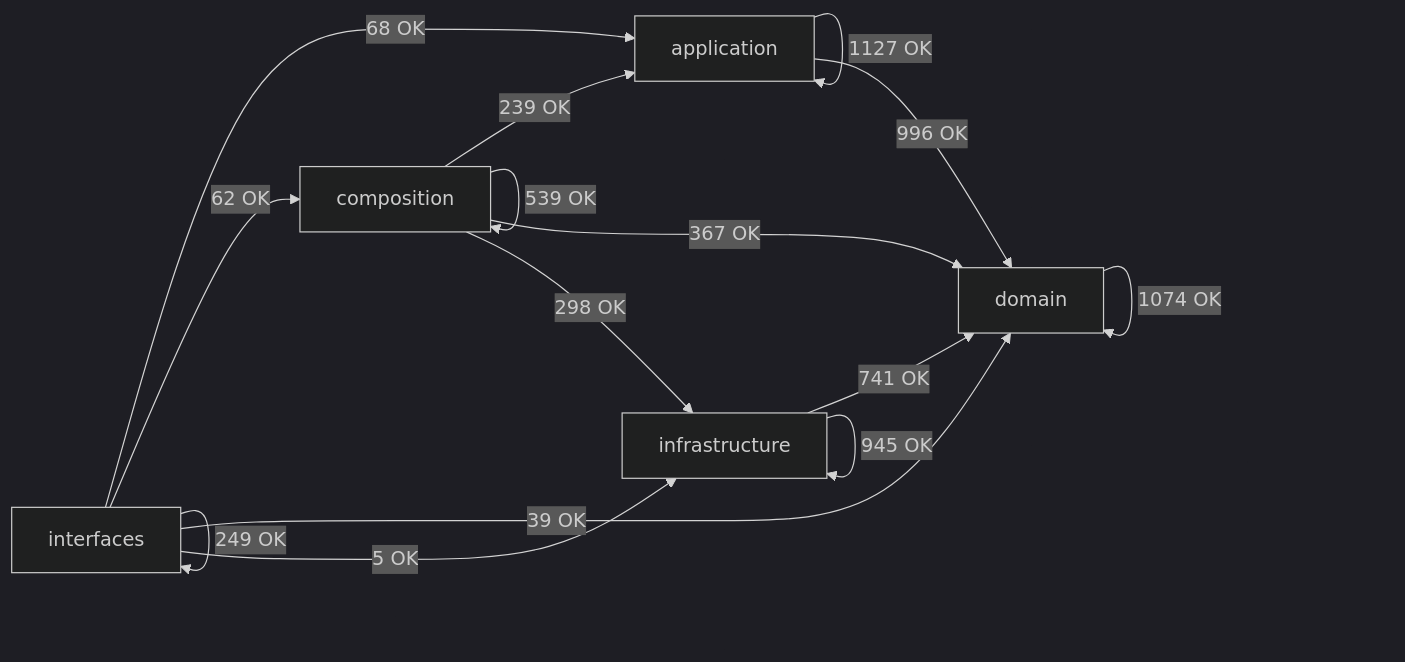
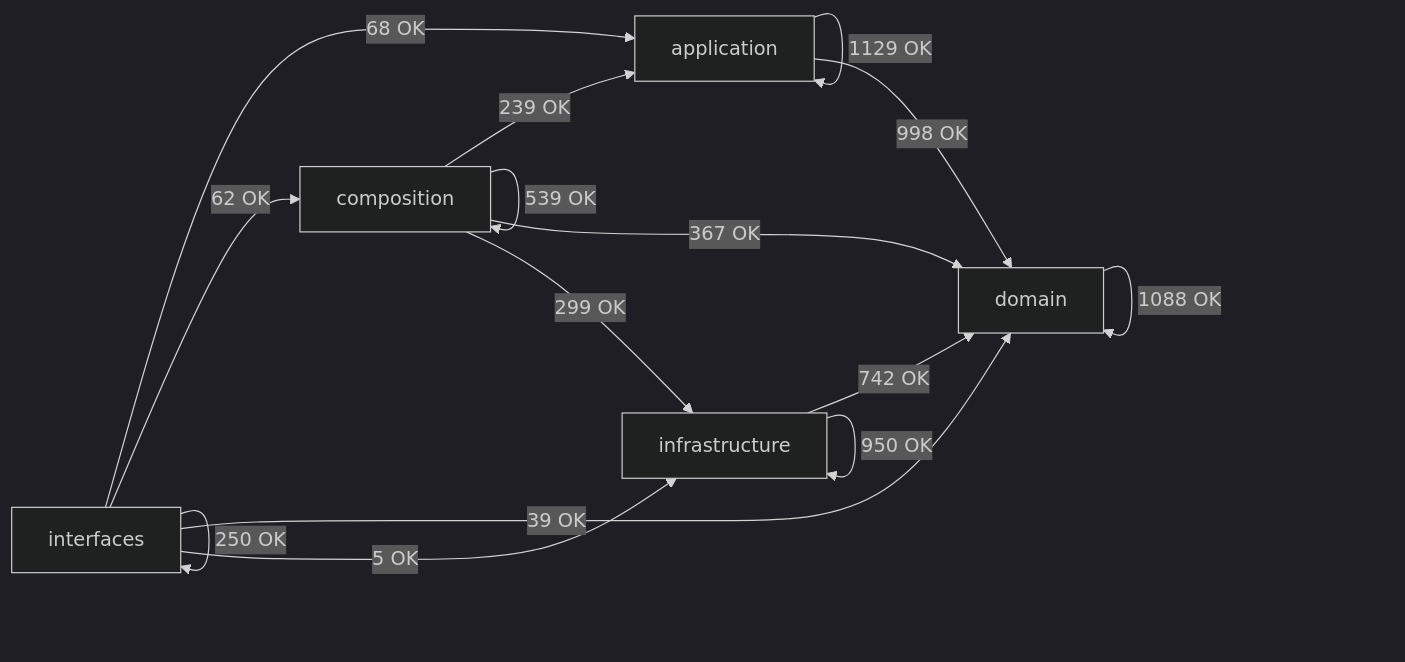
One commit to SatoryKono/BioactivityDataAcquisition changed the diagram in docs/02-architecture/generated/module-dependency-map.md. Above: the diagram before and after it, drawn with Mermaid (dark theme). The commit also changed other lines of this file and 52 other files, not shown here.

````diff
--- a/docs/02-architecture/generated/module-dependency-map.md
+++ b/docs/02-architecture/generated/module-dependency-map.md
@@ -17,22 +17,22 @@
 ```mermaid
 flowchart LR
     domain[domain]
     application[application]
     infrastructure[infrastructure]
     composition[composition]
     interfaces[interfaces]
-    application -->|1127 OK| application
-    application -->|996 OK| domain
+    application -->|1129 OK| application
+    application -->|998 OK| domain
     composition -->|239 OK| application
     composition -->|539 OK| composition
     composition -->|367 OK| domain
-    composition -->|298 OK| infrastructure
-    domain -->|1074 OK| domain
-    infrastructure -->|741 OK| domain
-    infrastructure -->|945 OK| infrastructure
+    composition -->|299 OK| infrastructure
+    domain -->|1088 OK| domain
+    infrastructure -->|742 OK| domain
+    infrastructure -->|950 OK| infrastructure
     interfaces -->|68 OK| application
     interfaces -->|62 OK| composition
     interfaces -->|39 OK| domain
     interfaces -->|5 OK| infrastructure
-    interfaces -->|249 OK| interfaces
+    interfaces -->|250 OK| interfaces
 ```
````
